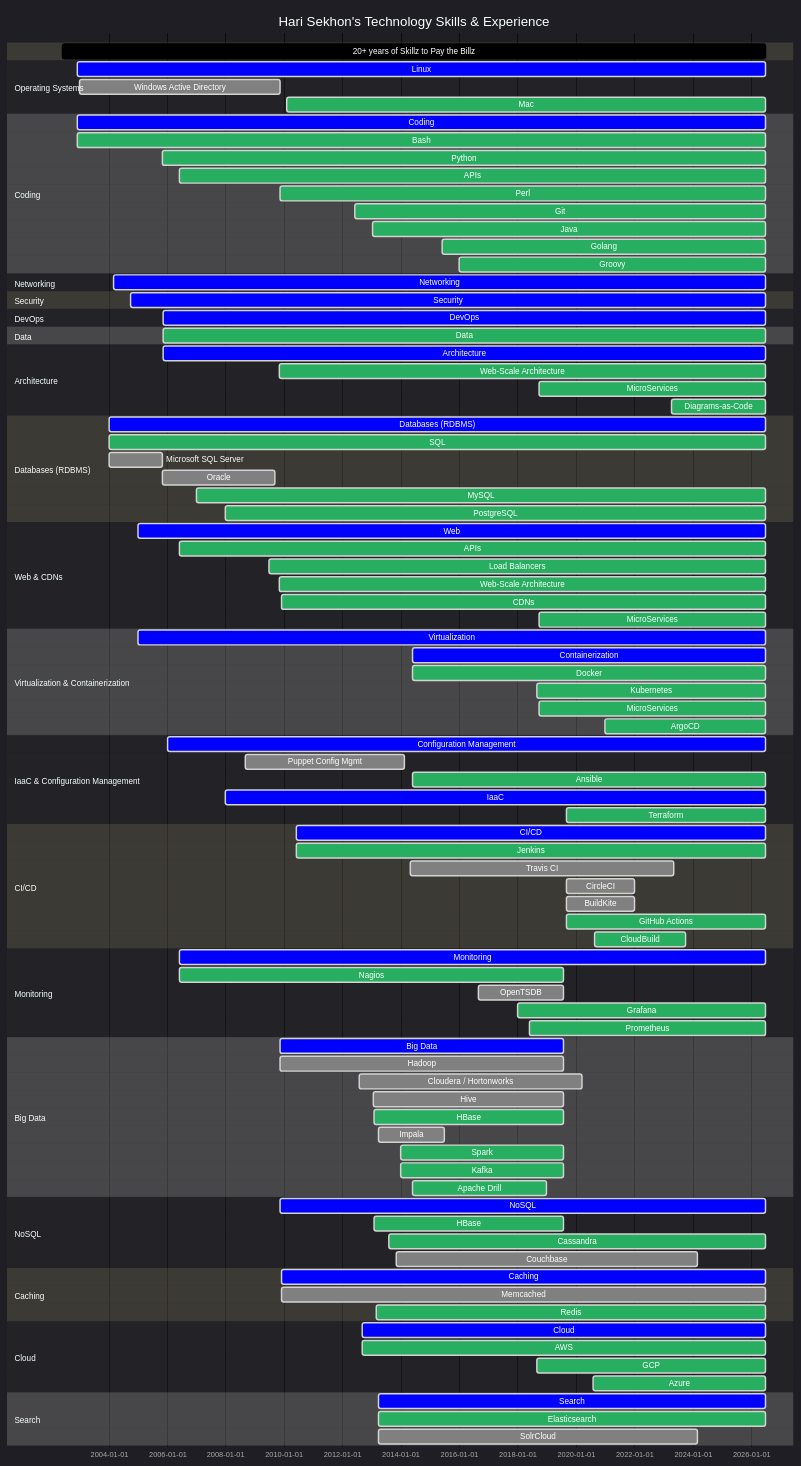
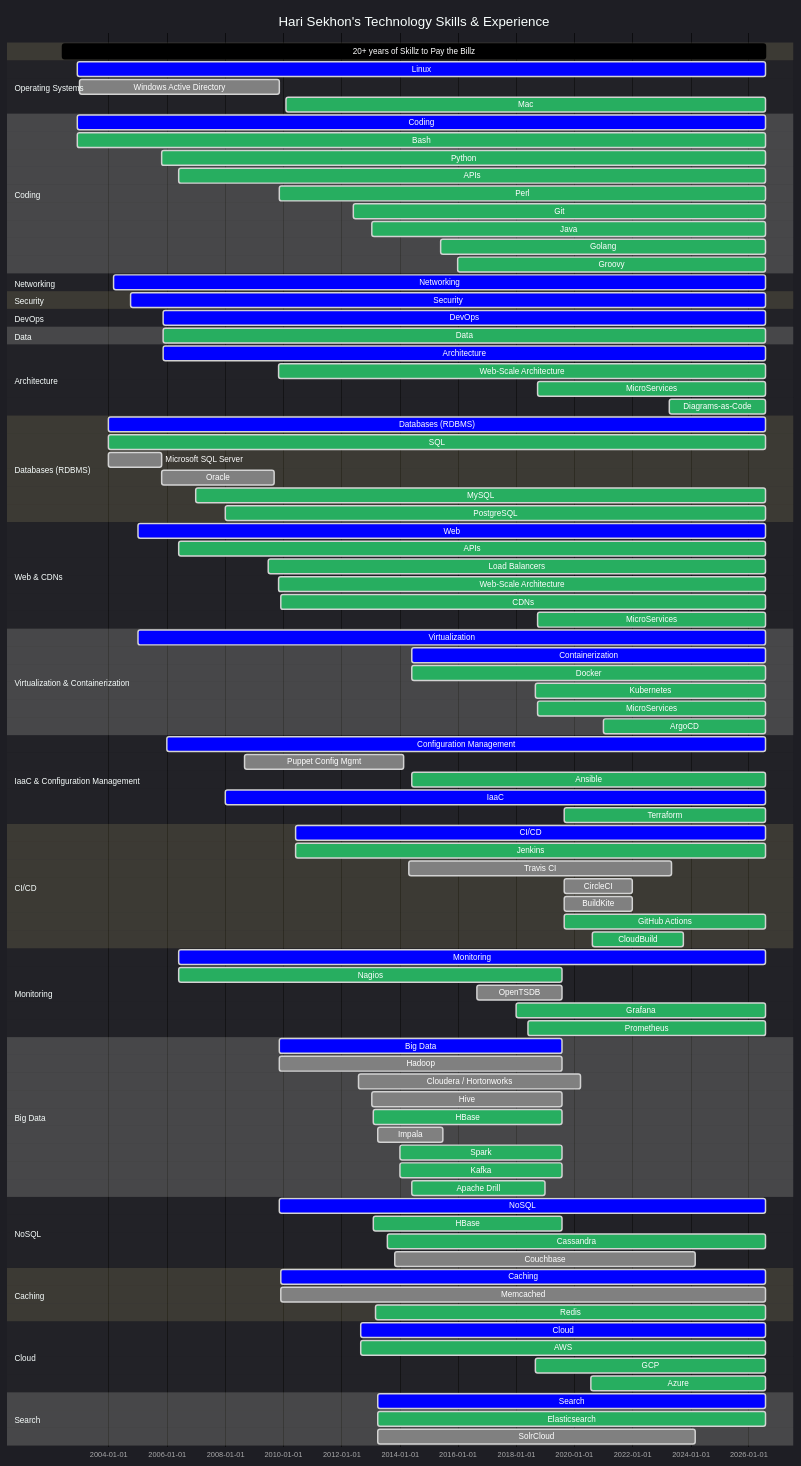
One commit to HariSekhon/HariSekhon changed the second of 2 diagrams in README.md. Above: the diagram before and after it, drawn with Mermaid. The commit also changed other lines of this file, not shown here.

Commit message:
updated profile counters

````diff
--- a/README.md
+++ b/README.md
@@ -1401,129 +1401,129 @@
     title Hari Sekhon's Technology Skills & Experience
     dateFormat  YYYY-MM-DD
 
-    20+ years of Skillz to Pay the Billz : 2002-06-01, 2026-06-30
+    20+ years of Skillz to Pay the Billz : 2002-06-01, 2026-07-30
 
     section Operating Systems
-    Linux                    : crit, 2002-12-01, 2026-06-30
+    Linux                    : crit, 2002-12-01, 2026-07-30
     Windows Active Directory : done, 2003-01-01, 2009-11-10
-    %%Redhat Linux             : active, 2002-12-01, 2026-06-30
-    %%Debian Linux             : active, 2003-01-01, 2026-06-30
+    %%Redhat Linux             : active, 2002-12-01, 2026-07-30
+    %%Debian Linux             : active, 2003-01-01, 2026-07-30
     %%Gentoo Linux             : done, 2004-06-01, 2009-11-10
-    %%Ubuntu Linux             : active, 2006-06-01, 2026-06-30
-    %%Alpine Linux             : done, 2016-01-01, 2026-06-30
-    Mac                      : active, 2010-02-01, 2026-06-30
+    %%Ubuntu Linux             : active, 2006-06-01, 2026-07-30
+    %%Alpine Linux             : done, 2016-01-01, 2026-07-30
+    Mac                      : active, 2010-02-01, 2026-07-30
 
     section Coding
-    Coding                 : crit, 2002-12-01, 2026-06-30
-    Bash                   : active, 2002-12-01, 2026-06-30
-    Python                 : active, 2005-11-01, 2026-06-30
-    APIs                   : active, 2006-06-01, 2026-06-30
+    Coding                 : crit, 2002-12-01, 2026-07-30
+    Bash                   : active, 2002-12-01, 2026-07-30
+    Python                 : active, 2005-11-01, 2026-07-30
+    APIs                   : active, 2006-06-01, 2026-07-30
     %%VBScript               : done, 2005-05-01, 2009-11-01
-    Perl                   : active, 2009-11-13, 2026-06-30
-    Git                    : active, 2012-06-01, 2026-06-30
+    Perl                   : active, 2009-11-13, 2026-07-30
+    Git                    : active, 2012-06-01, 2026-07-30
     %%Ruby                   : done, 2009-11-13, 2013-01-31
-    Java                   : active, 2013-01-13, 2026-06-30
+    Java                   : active, 2013-01-13, 2026-07-30
     %%Jython                 : done, 2013-01-13, 2015-12-31
     %%JRuby                  : done, 2013-03-01, 2013-08-31
     %%Scala                  : done, 2014-01-01, 2015-12-31
-    Golang                 : active, 2015-06-01, 2026-06-30
-    Groovy                 : active, 2016-01-01, 2026-06-30
+    Golang                 : active, 2015-06-01, 2026-07-30
+    Groovy                 : active, 2016-01-01, 2026-07-30
 
     %%section Build Systems
-    %%Make                   : active, 2006-06-01, 2026-06-30
-    %%Maven                  : active, 2013-02-01, 2026-06-30
-    %%SBT                    : active, 2014-01-01, 2026-06-30
-    %%Gradle                 : active, 2014-06-01, 2026-06-30
+    %%Make                   : active, 2006-06-01, 2026-07-30
+    %%Maven                  : active, 2013-02-01, 2026-07-30
+    %%SBT                    : active, 2014-01-01, 2026-07-30
+    %%Gradle                 : active, 2014-06-01, 2026-07-30
 
     %%section Version Control Systems
     %%Subversion             : done, 2005-11-13, 2012-06-01
     %%Mercurial              : done, 2011-06-01, 2013-06-01
-    %%Git                    : active, 2012-06-01, 2026-06-30
-    %%GitHub                 : active, 2012-12-31, 2026-06-30
+    %%Git                    : active, 2012-06-01, 2026-07-30
+    %%GitHub                 : active, 2012-12-31, 2026-07-30
 
     section Networking
-    Networking             : crit, 2004-03-01, 2026-06-30
-    %%VPNs                   : active, 2006-06-01, 2026-06-30
-    %%Cisco - IOS / NX-OS    : done, 2004-03-01, 2026-06-30
+    Networking             : crit, 2004-03-01, 2026-07-30
+    %%VPNs                   : active, 2006-06-01, 2026-07-30
+    %%Cisco - IOS / NX-OS    : done, 2004-03-01, 2026-07-30
     %%Juniper - Netscreen / SSG / SRX / ScreenOS / JunOS : done, 2007-01-01, 2013-01-18
     %%Netgear                : done, 2005-01-01, 2012-12-31
 
     section Load Balancers
 
     section Security
-    Security               : crit, 2004-10-01, 2026-06-30
-    %%Kerberos               : active, 2006-06-01, 2026-06-30
-    %%LDAP                   : active, 2006-06-01, 2026-06-30
+    Security               : crit, 2004-10-01, 2026-07-30
+    %%Kerberos               : active, 2006-06-01, 2026-07-30
+    %%LDAP                   : active, 2006-06-01, 2026-07-30
 
     section DevOps
-    DevOps                   : crit, 2005-11-11, 2026-06-30
+    DevOps                   : crit, 2005-11-11, 2026-07-30
 
     section Data
-    Data                   : active, 2005-11-11, 2026-06-30
-    %%Data Validation        : done, 2006-06-01, 2026-06-30
-    %%Data Science           : done, 2013-01-18, 2026-06-30
+    Data                   : active, 2005-11-11, 2026-07-30
+    %%Data Validation        : done, 2006-06-01, 2026-07-30
+    %%Data Science           : done, 2013-01-18, 2026-07-30
 
     section Architecture
-    Architecture            : crit,   2005-11-11, 2026-06-30
-    Web-Scale Architecture  : active, 2009-11-01, 2026-06-30
-    MicroServices           : active, 2018-10-01, 2026-06-30
-    Diagrams-as-Code        : active, 2023-04-14, 2026-06-30
+    Architecture            : crit,   2005-11-11, 2026-07-30
+    Web-Scale Architecture  : active, 2009-11-01, 2026-07-30
+    MicroServices           : active, 2018-10-01, 2026-07-30
+    Diagrams-as-Code        : active, 2023-04-14, 2026-07-30
 
     section Databases (RDBMS)
-    Databases (RDBMS)      : crit, 2004-01-01, 2026-06-30
-    SQL                    : active, 2004-01-01, 2026-06-30
+    Databases (RDBMS)      : crit, 2004-01-01, 2026-07-30
+    SQL                    : active, 2004-01-01, 2026-07-30
     Microsoft SQL Server   : done, 2004-01-01, 2005-10-31
     Oracle                 : done, 2005-11-01, 2009-09-10
-    MySQL                  : active, 2007-01-01, 2026-06-30
-    PostgreSQL             : active, 2008-01-01, 2026-06-30
+    MySQL                  : active, 2007-01-01, 2026-07-30
+    PostgreSQL             : active, 2008-01-01, 2026-07-30
 
     section Web & CDNs
-    Web                    : crit, 2005-01-01, 2026-06-30
-    APIs                   : active, 2006-06-01, 2026-06-30
+    Web                    : crit, 2005-01-01, 2026-07-30
+    APIs                   : active, 2006-06-01, 2026-07-30
 
-    Load Balancers         : active, 2009-07-01, 2026-06-30
+    Load Balancers         : active, 2009-07-01, 2026-07-30
     %%LVS                    : done, 2009-01-01, 2009-11-11
     %%Foundry - ServerIron XL / 4G : done, 2009-10-13, 2011-11-31
     %%F5 BigIP               : done, 2010-06-01, 2013-01-18
-    %%HAProxy                : active, 2018-04-01, 2026-06-30
-    %%Kong                   : active, 2023-03-01, 2026-06-30
-    %%Traefik                : active, 2023-03-01, 2026-06-30
+    %%HAProxy                : active, 2018-04-01, 2026-07-30
+    %%Kong                   : active, 2023-03-01, 2026-07-30
+    %%Traefik                : active, 2023-03-01, 2026-07-30
 
-    Web-Scale Architecture : active, 2009-11-01, 2026-06-30
-    CDNs                   : active, 2009-12-01, 2026-06-30
+    Web-Scale Architecture : active, 2009-11-01, 2026-07-30
+    CDNs                   : active, 2009-12-01, 2026-07-30
     %%UlraDNS                : done, 2009-11-01, 2012-06-31
     %%Cotendo                : done, 2012-06-01, 2013-01-13
-    %%Cloudflare             : active, 2020-08-20, 2026-06-30
-    MicroServices            : active, 2018-10-01, 2026-06-30
+    %%Cloudflare             : active, 2020-08-20, 2026-07-30
+    MicroServices            : active, 2018-10-01, 2026-07-30
 
     section Virtualization & Containerization
-    Virtualization         : crit, 2005-01-01, 2026-06-30
+    Virtualization         : crit, 2005-01-01, 2026-07-30
     %%VMware ESX, ESXi, VirtualBox : done, 2005-01-01, 2017-02-16
     %%Vagrant                : active, 2013-01-01, 2023-12-31
-    Containerization       : crit, 2014-06-01, 2026-06-30
-    Docker                 : active, 2014-06-01, 2026-06-30
-    Kubernetes             : active, 2018-09-01, 2026-06-30
-    MicroServices          : active, 2018-10-01, 2026-06-30
-    ArgoCD                 : active, 2021-01-01, 2026-06-30
+    Containerization       : crit, 2014-06-01, 2026-07-30
+    Docker                 : active, 2014-06-01, 2026-07-30
+    Kubernetes             : active, 2018-09-01, 2026-07-30
+    MicroServices          : active, 2018-10-01, 2026-07-30
+    ArgoCD                 : active, 2021-01-01, 2026-07-30
 
     section IaaC & Configuration Management
-    Configuration Management :crit, 2006-01-01, 2026-06-30
+    Configuration Management :crit, 2006-01-01, 2026-07-30
     Puppet Config Mgmt     : done, 2008-09-01, 2014-02-18
-    Ansible                : active, 2014-06-01, 2026-06-30
-    IaaC                   :crit, 2008-01-01, 2026-06-30
-    Terraform              :active, 2019-09-01, 2026-06-30
+    Ansible                : active, 2014-06-01, 2026-07-30
+    IaaC                   :crit, 2008-01-01, 2026-07-30
+    Terraform              :active, 2019-09-01, 2026-07-30
     %%Terraform Cloud        : active, 2021-09-01, 2022-09-31
-    %%Kickstart              : active, 2008-01-01, 2026-06-30
-    %%Preseed                : active, 2009-01-01, 2026-06-30
-    %%AutoInstall            : active, 2023-01-01, 2026-06-30
+    %%Kickstart              : active, 2008-01-01, 2026-07-30
+    %%Preseed                : active, 2009-01-01, 2026-07-30
+    %%AutoInstall            : active, 2023-01-01, 2026-07-30
 
     section CI/CD
-    CI/CD                  : crit, 2010-06-01, 2026-06-30
-    Jenkins                : active, 2010-06-01, 2026-06-30
+    CI/CD                  : crit, 2010-06-01, 2026-07-30
+    Jenkins                : active, 2010-06-01, 2026-07-30
     Travis CI              : done, 2014-05-01, 2023-05-08
     CircleCI               : done, 2019-09-01, 2021-12-31
     BuildKite              : done, 2019-09-01, 2021-12-31
-    GitHub Actions         : active, 2019-09-01, 2026-06-30
+    GitHub Actions         : active, 2019-09-01, 2026-07-30
     %%GitLab                 : active, 2019-09-01, 2022-12-31
     %%Azure DevOps           : done, 2019-09-01, 2022-12-31
     %%Bitbucket              : done, 2019-09-01, 2022-12-31
@@ -1532,11 +1532,11 @@
     CloudBuild             : active, 2020-08-20, 2023-09-30
 
     section Monitoring
-    Monitoring             : crit, 2006-06-01, 2026-06-30
+    Monitoring             : crit, 2006-06-01, 2026-07-30
     Nagios                 : active, 2006-06-01, 2019-07-31
     OpenTSDB               : done, 2016-09-01, 2019-07-31
-    Grafana                : active, 2018-01-01, 2026-06-30
-    Prometheus             : active, 2018-06-01, 2026-06-30
+    Grafana                : active, 2018-01-01, 2026-07-30
+    Prometheus             : active, 2018-06-01, 2026-07-30
     %%Pingdom                : done, 2020-08-20, 2023-09-17
     %%Datadog                : done, 2022-08-20, 2023-09-17
 
@@ -1554,28 +1554,28 @@
     Apache Drill           : active, 2014-06-01, 2018-12-31
 
     section NoSQL
-    NoSQL                  : crit, 2009-11-13, 2026-06-30
+    NoSQL                  : crit, 2009-11-13, 2026-07-30
     HBase                  : active, 2013-02-01, 2019-07-31
     %%MongoDB                : done, 2013-06-01, 2013-12-31
-    Cassandra              : active, 2013-08-01, 2026-06-30
+    Cassandra              : active, 2013-08-01, 2026-07-30
     Couchbase              : done, 2013-11-01, 2024-03-01
 
     section Caching
-    Caching                : crit, 2009-11-31, 2026-06-30
-    Memcached              : done, 2009-11-31, 2026-06-30
-    Redis                  : active, 2013-03-01, 2026-06-30
+    Caching                : crit, 2009-11-31, 2026-07-30
+    Memcached              : done, 2009-11-31, 2026-07-30
+    Redis                  : active, 2013-03-01, 2026-07-30
 
     section Cloud
-    Cloud            : crit, 2012-09-01, 2026-06-30
-    AWS              : active, 2012-09-01, 2026-06-30
-    GCP              : active, 2018-09-01, 2026-06-30
-    Azure            : active, 2020-08-01, 2026-06-30
+    Cloud            : crit, 2012-09-01, 2026-07-30
+    AWS              : active, 2012-09-01, 2026-07-30
+    GCP              : active, 2018-09-01, 2026-07-30
+    Azure            : active, 2020-08-01, 2026-07-30
 
     section Search
-    Search                 : crit, 2013-03-31, 2026-06-30
-    Elasticsearch          : active, 2013-03-31, 2026-06-30
-    %%LogStash               : done, 2013-03-31, 2026-06-30
-    %%Fluentd                : crit, 2018-03-31, 2026-06-30
-    %%Kibana                 : crit, 2013-03-31, 2026-06-30
+    Search                 : crit, 2013-03-31, 2026-07-30
+    Elasticsearch          : active, 2013-03-31, 2026-07-30
+    %%LogStash               : done, 2013-03-31, 2026-07-30
+    %%Fluentd                : crit, 2018-03-31, 2026-07-30
+    %%Kibana                 : crit, 2013-03-31, 2026-07-30
     SolrCloud              : done, 2013-04-01, 2024-03-01
 ```
````
